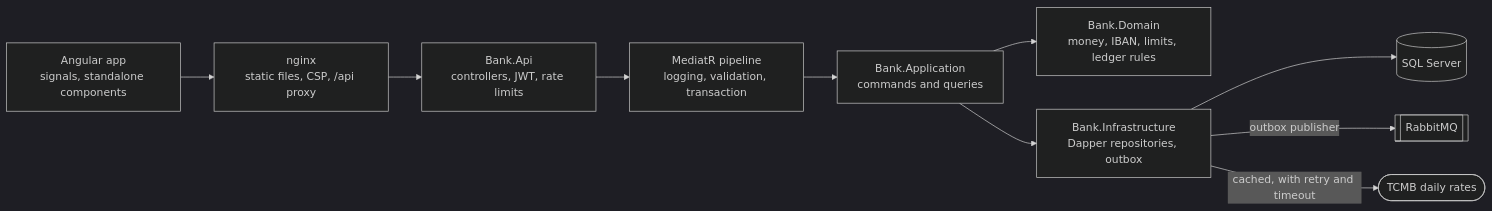
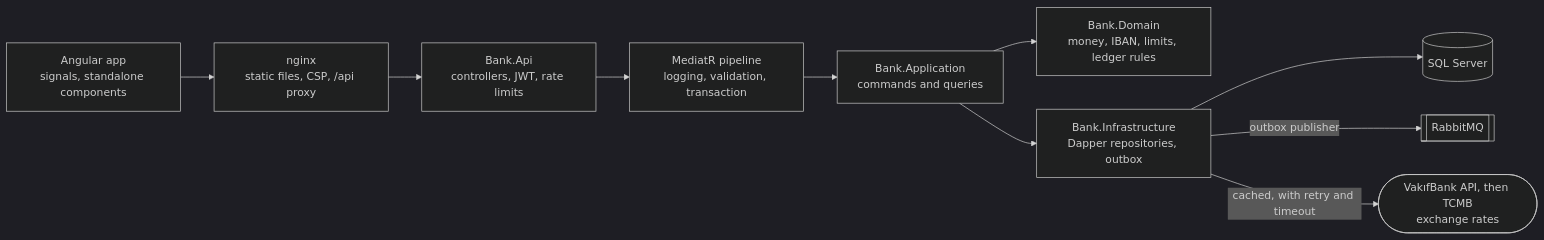
The first of 3 diagrams in README.md (aysenurkendirci/Fingen-Bank-Prototype), drawn with Mermaid (dark theme) before and after one commit. The commit also changed other lines of this file and 8 other files, not shown here.

First line of the commit message:
feat(api): exchange rates from VakıfBank's API Portal in front of TCMB

````diff
--- a/README.md
+++ b/README.md
@@ -72,19 +73,19 @@
 ```mermaid
 flowchart LR
     browser["Angular app<br/>signals, standalone components"]
     nginx["nginx<br/>static files, CSP, /api proxy"]
     api["Bank.Api<br/>controllers, JWT, rate limits"]
     pipeline["MediatR pipeline<br/>logging, validation, transaction"]
     handlers["Bank.Application<br/>commands and queries"]
     domain["Bank.Domain<br/>money, IBAN, limits, ledger rules"]
     infra["Bank.Infrastructure<br/>Dapper repositories, outbox"]
     sql[("SQL Server")]
     rabbit[["RabbitMQ"]]
-    tcmb(["TCMB daily rates"])
+    tcmb(["VakıfBank API, then TCMB<br/>exchange rates"])
 
     browser --> nginx --> api --> pipeline --> handlers
     handlers --> domain
     handlers --> infra --> sql
     infra -- "outbox publisher" --> rabbit
     infra -- "cached, with retry and timeout" --> tcmb
 ```
````
